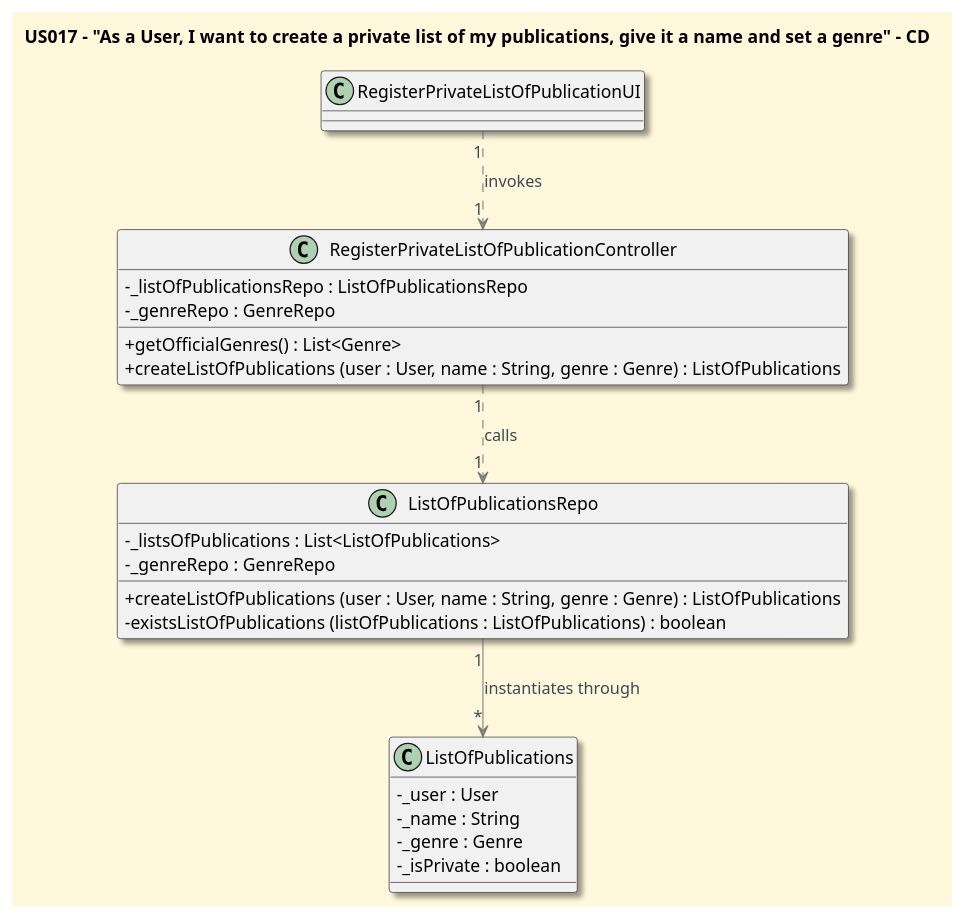
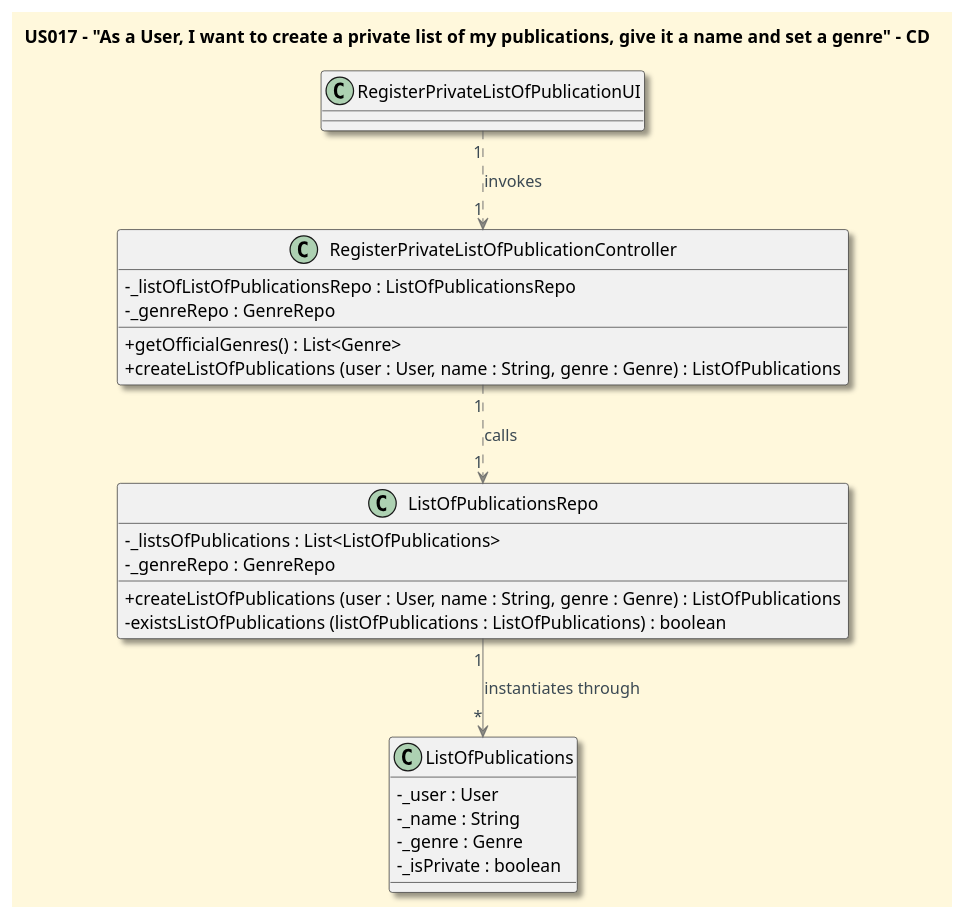
The diagram in docs/userStories/US017/US017_to_create_a_private_list_CD.puml (CarolinaLeite-collab/JavaMarketplacePlatform), drawn with PlantUML before and after one commit.

Commit message:
Refs #195: Updated CD for US017

```diff
--- a/docs/userStories/US017/US017_to_create_a_private_list_CD.puml
+++ b/docs/userStories/US017/US017_to_create_a_private_list_CD.puml
@@ -1,45 +1,45 @@
 @startuml
 '==== Title ====
 title US017 - "As a User, I want to create a private list of my publications, give it a name and set a genre" - CD
 top to bottom direction
 
 '==== basic style ====
 skinparam monochrome false
 skinparam shadowing true
 skinparam defaultFontName Futura
 skinparam objectFontSize 20
 skinparam backgroundColor CornSilk
 skinparam objectBackgroundColor WhiteSmoke
 skinparam noteBackgroundColor #FFFFE0
 skinparam ArrowFontColor #3B4953
 skinparam ArrowColor #57595BAA
 skinparam classAttributeIconSize 0
 
 '==== entities ====
 Class ListOfPublicationsRepo {
 - _listsOfPublications : List<ListOfPublications>
 - _genreRepo : GenreRepo
 +createListOfPublications (user : User, name : String, genre : Genre) : ListOfPublications
 -existsListOfPublications (listOfPublications : ListOfPublications) : boolean
 }
 
 Class RegisterPrivateListOfPublicationController {
--_listOfPublicationsRepo : ListOfPublicationsRepo
+-_listOfListOfPublicationsRepo : ListOfPublicationsRepo
 -_genreRepo : GenreRepo
 + getOfficialGenres() : List<Genre>
 + createListOfPublications (user : User, name : String, genre : Genre) : ListOfPublications
 }
 
 Class ListOfPublications {
 -_user : User
 -_name : String
 -_genre : Genre
 -_isPrivate : boolean
 }
 
 '==== connections ====
 ListOfPublicationsRepo "1" --> "*" ListOfPublications: instantiates through
 RegisterPrivateListOfPublicationController  "1" ..> "1" ListOfPublicationsRepo: calls
 RegisterPrivateListOfPublicationUI "1" ..> "1" RegisterPrivateListOfPublicationController: invokes
 
 @enduml
```
